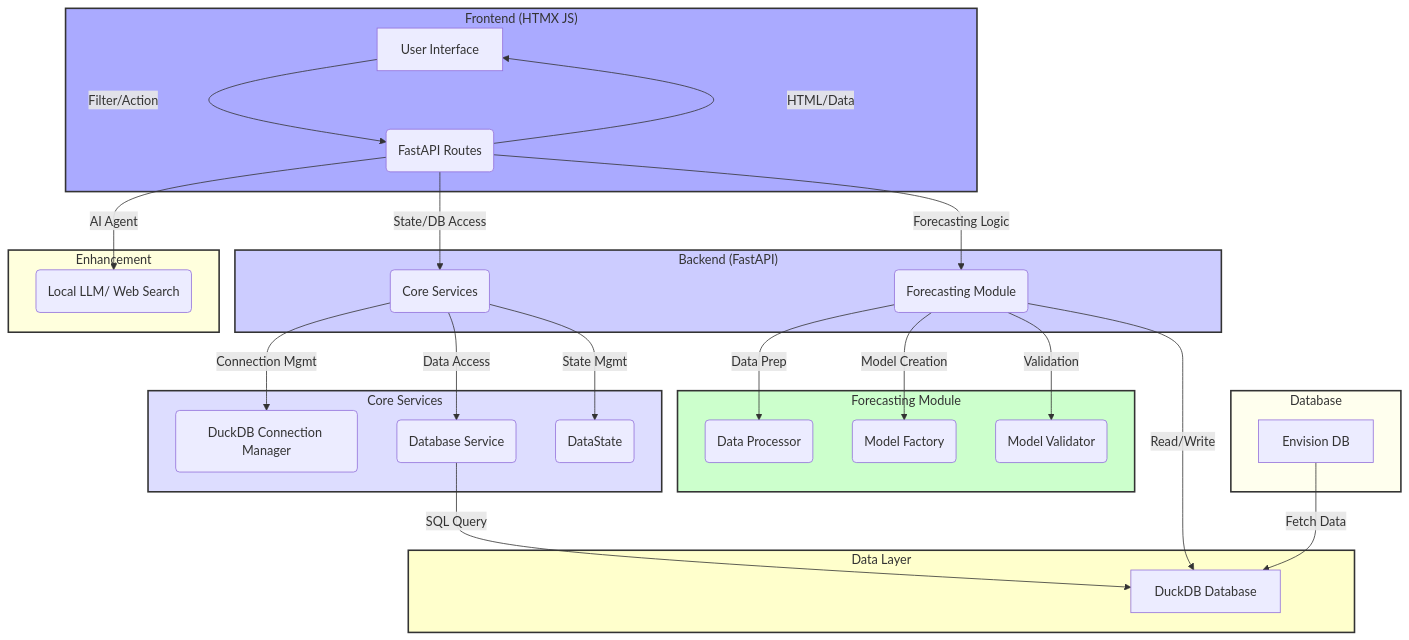
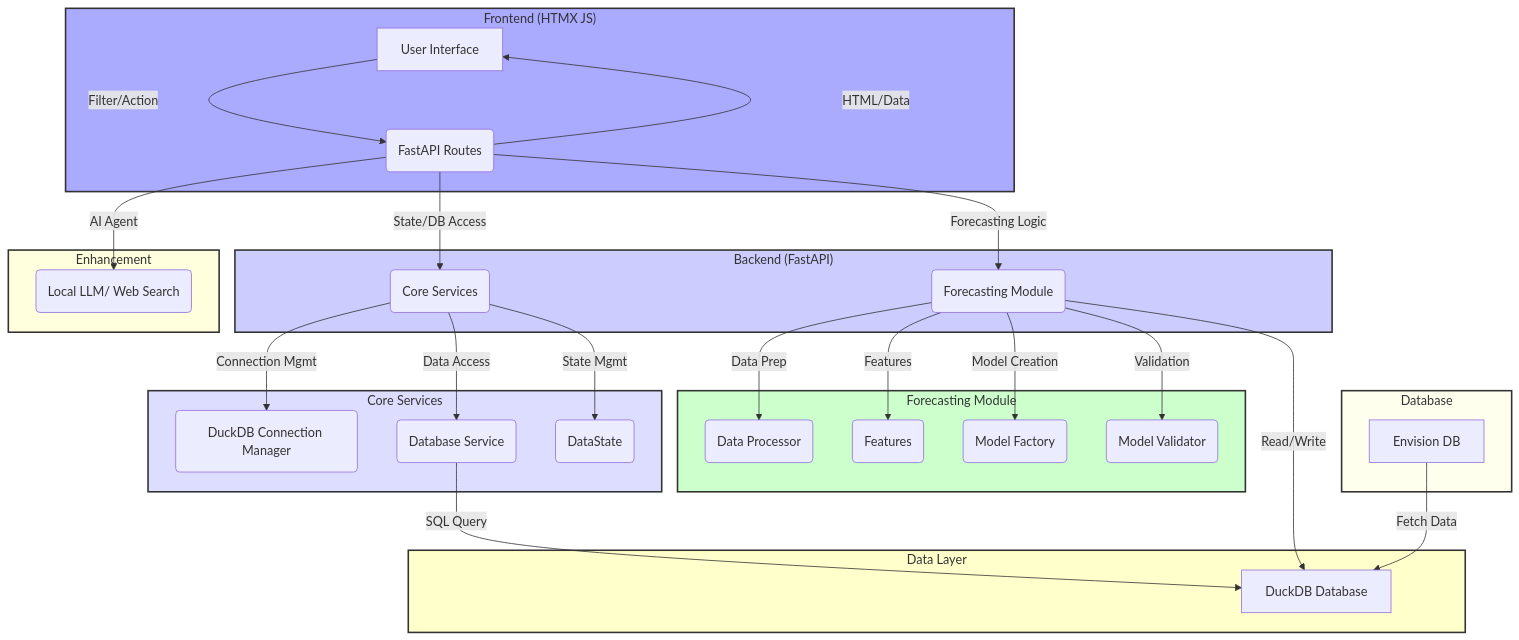
The first of 3 diagrams in ARCHITECTURE.md (mswastik/fa-fcst), drawn with Mermaid before and after one commit. The commit also changed other lines of this file and 23 other files, not shown here.

````diff
--- a/ARCHITECTURE.md
+++ b/ARCHITECTURE.md
@@ -9,46 +9,47 @@
 ```mermaid
 graph TD
     subgraph Frontend["Frontend (HTMX JS)"]
         A[User Interface] -- Filter/Action --> B(FastAPI Routes)
         B -- HTML/Data --> A
     end
 
     subgraph Backend["Backend (FastAPI)"]
         B -- State/DB Access --> C(Core Services)
         B -- Forecasting Logic --> D(Forecasting Module)
     end
 
     subgraph Enhancement["Enhancement"]
         B -- AI Agent --> E(Local LLM/ Web Search)
     end
 
     subgraph CoreServices["Core Services"]
         C -- Connection Mgmt --> F(DuckDB Connection Manager)
         C -- Data Access --> G(Database Service)
         C -- State Mgmt --> H(DataState)
     end
 
     subgraph DataLayer["Data Layer"]
         G -- SQL Query --> I[DuckDB Database]
     end
 
     subgraph ForecastingModule["Forecasting Module"]
         D -- Data Prep --> K(Data Processor)
-        D -- Model Creation --> L(Model Factory)
-        D -- Validation --> M(Model Validator)
+        D -- Features --> L(Features)
+        D -- Model Creation --> M(Model Factory)
+        D -- Validation --> N(Model Validator)
     end
 
     D -- Read/Write --> I
 
     subgraph Database["Database"]
         J[Envision DB] -- Fetch Data --> I
     end
 
     style Frontend fill:#aaf,stroke:#333,stroke-width:2px
     style Backend fill:#ccf,stroke:#333,stroke-width:2px
     style CoreServices fill:#ddf,stroke:#333,stroke-width:2px
     style ForecastingModule fill:#cfc,stroke:#333,stroke-width:2px
     style DataLayer fill:#ffc,stroke:#333,stroke-width:2px
     style Enhancement fill:#ffd,stroke:#333,stroke-width:2px
     style Database fill:#ffe,stroke:#333,stroke-width:2px
 ```
````
